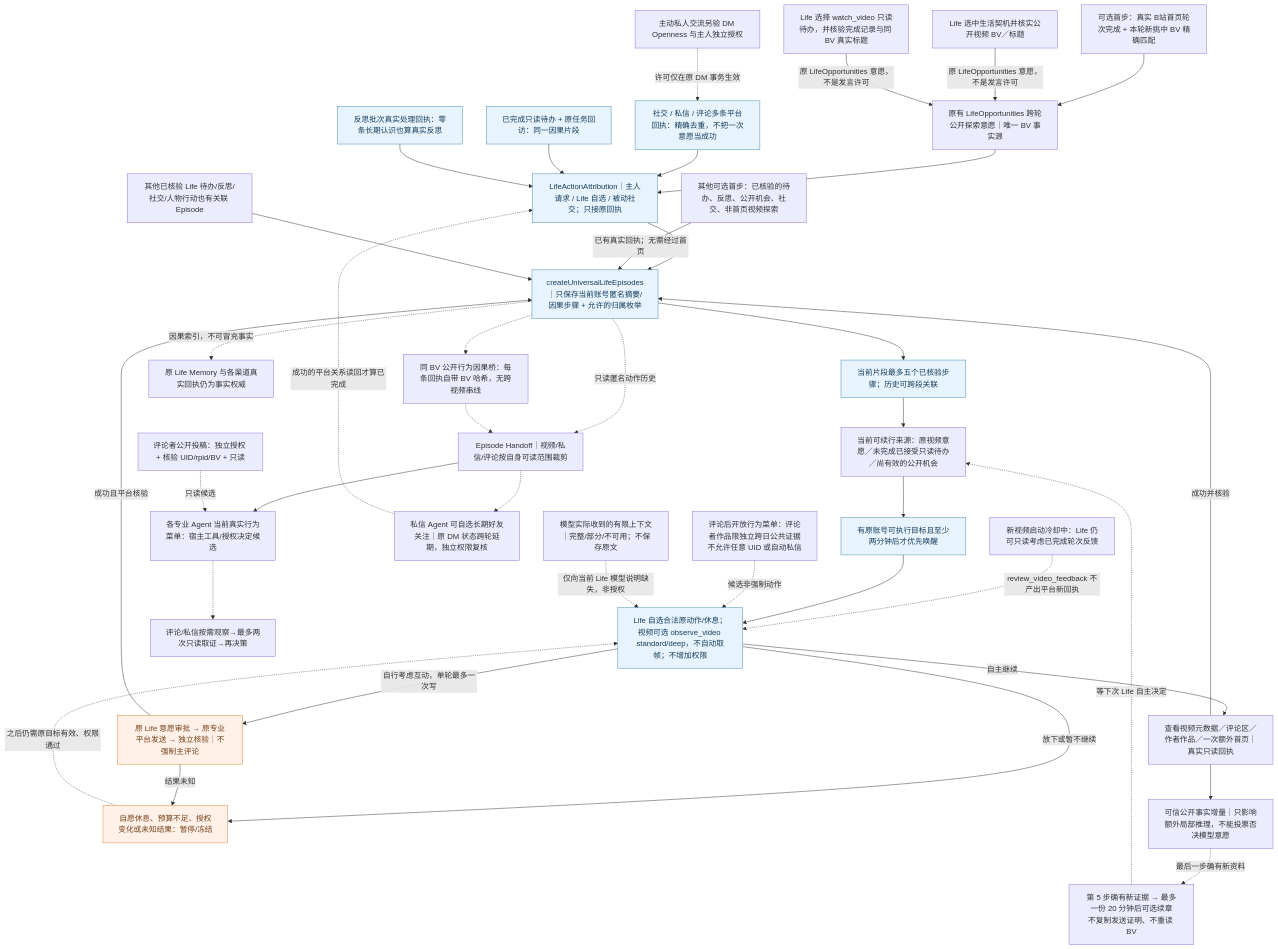
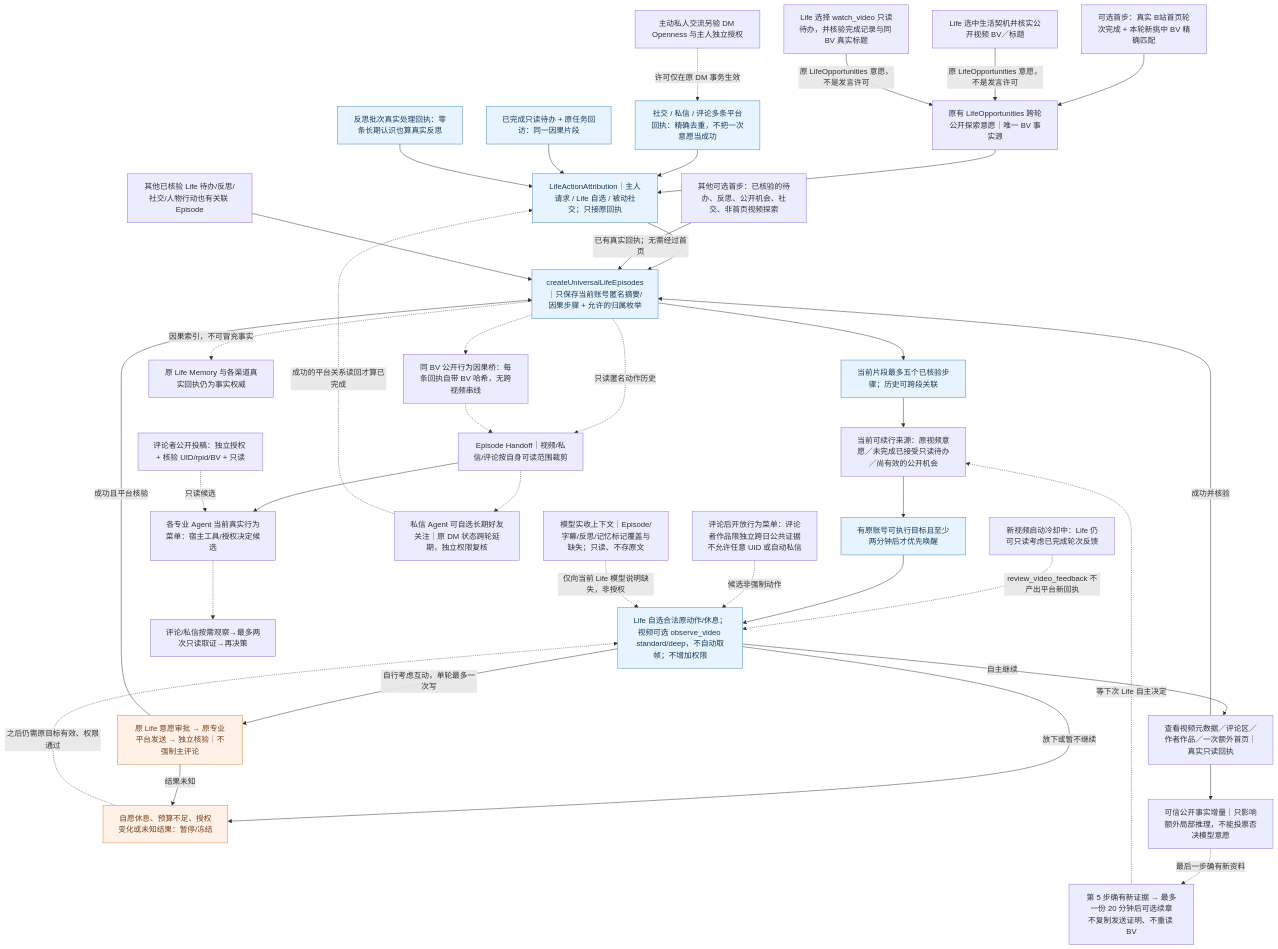
Before and after one commit to minedalang/dsh-dafeiyu-life: the diagram in docs/architecture/diagrams/life-universal-episodes-current.mmd, drawn with Mermaid. The commit also changed 17 other files, not shown here.

```diff
--- a/docs/architecture/diagrams/life-universal-episodes-current.mmd
+++ b/docs/architecture/diagrams/life-universal-episodes-current.mmd
@@ -1,118 +1,119 @@
+%% 2.8.2-dev.3：Episode/视觉证据提供脱敏缺失说明；字幕只标原文字符范围；Reflection 节选禁止独立生成事实；记忆只标未入模数量。
 %% 2.8.2-dev.2：选中 BV 仅核实元数据；取帧必须由 Life 续行明确选择 observe_video 和深度，受原账号/视觉/证据门禁约束。
 %% dev.12：重复读取抑制额外模型唤醒，五步上限只保存一次未来自愿续章
 %% dev.10：视频 Episode 已选择的写操作与社交共用 FIFO 资格；不重复意愿模型。
 %% dev.74：评论区的自然熟悉度不形成主动私信资格，Episode 不赋予新权限。
 %% dev.73：普通自主 Life 最短间隔不再由 2 分钟经验/片段续接绕过；真实入站社交独立快唤醒。
 %% 管理页只读并列展示线索、契机与待办；Life 已批准不等于平台送达，待回执不能标为中断。
 %% dev.37 统一归属 + dev.36 Universal Episode：有意义的自主动作共享因果归属，不改变原平台授权
 flowchart TB
   child["可选首步：真实 B站首页轮次完成 + 本轮新挑中 BV 精确匹配"]
   firstOther["其他可选首步：已核验的待办、反思、公开机会、社交、非首页视频探索"]
   eligible["当前可续行来源：原视频意愿／未完成已接受只读待办／尚有效的公开机会"]
   canonical["原有 LifeOpportunities 跨轮公开探索意愿｜唯一 BV 事实源"]
   attribution["LifeActionAttribution｜主人请求 / Life 自选 / 被动社交；只接原回执"]
   socialReceipt["社交 / 私信 / 评论多条平台回执：精确去重，不把一次意愿当成功"]
   socialContact["主动私人交流另验 DM Openness 与主人独立授权"]
   todoReceipt["已完成只读待办 + 原任务回访：同一因果片段"]
   reflectionReceipt["反思批次真实处理回执：零条长期认识也算真实反思"]
   videoFeedback["新视频启动冷却中：Life 仍可只读考虑已完成轮次反馈"]
   record["createUniversalLifeEpisodes｜只保存当前账号匿名摘要/因果步骤 + 允许的归属枚举"]
   context["当前片段最多五个已核验步骤；历史可跨段关联"]
   due["有原账号可执行目标且至少两分钟后才优先唤醒"]
   menu["Life 自选合法原动作/休息；视频可选 observe_video standard/deep，不自动取帧；不增加权限"]
   read["查看视频元数据／评论区／作者作品／一次额外首页｜真实只读回执"]
   write["原 Life 意愿审批 → 原专业平台发送 → 独立核验｜不强制主评论"]
   pause["自愿休息、预算不足、授权变化或未知结果：暂停/冻结"]
   other["其他已核验 Life 待办/反思/社交/人物行动也有关联 Episode"]
   memory["原 Life Memory 与各渠道真实回执仍为事实权威"]
   child --> canonical --> attribution --> record
   socialContact -.->|许可仅在原 DM 事务生效| socialReceipt
   socialReceipt --> attribution
   todoReceipt --> attribution
   reflectionReceipt --> attribution
   firstOther -->|已有真实回执；无需经过首页| record
   opportunityEntry["Life 选中生活契机并核实公开视频 BV／标题"]
   todoVideoEntry["Life 选择 watch_video 只读待办，并核验完成记录与同 BV 真实标题"]
   opportunityEntry -->|原 LifeOpportunities 意愿，不是发言许可| canonical
   todoVideoEntry -->|原 LifeOpportunities 意愿，不是发言许可| canonical
   videoFeedback -.->|review_video_feedback 不产出平台新回执| menu
   record --> context --> eligible --> due --> menu
   menu -->|自主继续| read -->|成功并核验| record
   menu -->|自行考虑互动，单轮最多一次写| write -->|成功且平台核验| record
   menu -->|放下或暂不继续| pause
   write -->|结果未知| pause
   other --> record
   record -.->|因果索引，不可冒充事实| memory
   pause -.->|之后仍需原目标有效、权限通过| menu
   classDef safe fill:#e8f4fd,stroke:#4689b6,color:#173d5c
   classDef caveat fill:#fff1e7,stroke:#d68a3c,color:#74421c
   class record,context,menu,due,attribution,socialReceipt,todoReceipt,reflectionReceipt safe
   class pause,write caveat
 
 %% @code child | index.js | const episode=lifeOpportunities.beginHomeExploration
 %% @code canonical | lib/life-opportunities.mjs | const continuations=
 %% @code firstOther | lib/autonomous-planner.mjs | const good=new Map([
 %% @code eligible | lib/life-episode-entrypoints.mjs | export function eligibleLifeEpisodeSources
 %% @code record | lib/life-universal-episodes.mjs | export function createUniversalLifeEpisodes
 %% @code context | lib/life-universal-episodes.mjs | const view=e=>
 %% @code due | lib/life-universal-episodes.mjs | const due=(
 %% @code menu | lib/autonomous-planner.mjs | action:'resume_episode'
 %% @code read | lib/autonomous-planner.mjs | const continueLifeRead=async
 %% @code write | lib/life-video-action-bridge.mjs | createLifeVideoActionBridge
 %% @code pause | lib/life-universal-episodes.mjs | const pauseLatest=(
 %% @code other | index.js | onEpisodeAction:proof=>universalLifeEpisodes.record(proof)
 %% @code memory | lib/life-memory-coordinator.mjs | createLifeMemoryCoordinator
 
 %% @code attribution | lib/life-action-attribution.mjs | export function createLifeActionAttribution
 %% @code socialReceipt | lib/life-willingness.mjs | const exact=typeof receiptId
 %% @code todoReceipt | index.js | sourceRef:'todo:'+original.id
 %% @code reflectionReceipt | lib/life-reflection.mjs | result.receiptId=receiptId
 
 %% @code videoFeedback | lib/autonomous-planner.mjs | action:'review_video_feedback'
 
 %% dev.38 专业 Agent 局部决策复用同账号匿名因果摘要；Episode 没有发送权。
 subagentHandoff["Episode Handoff｜视频/私信/评论按自身可读范围裁剪"]
 subagentFollow["私信 Agent 可自选长期好友关注｜原 DM 状态跨轮延期，独立权限复核"]
 record -.->|只读匿名动作历史| subagentHandoff
 subagentHandoff -.-> subagentFollow
 subagentFollow -.->|成功的平台关系读回才算已完成| attribution
 %% @code subagentHandoff | lib/life-subagent-continuity.mjs | export function lifeSubagentHandoff
 %% @code subagentFollow | lib/dm-autoreply.mjs | pending.status='reserved'
 
 %% dev.40: every verified BV public action is anchored on ITS OWN step, never the whole episode.
 publicStepBridge["同 BV 公开行为因果桥：每条回执自带 BV 哈希，无跨视频串线"]
 professionalMenu["各专业 Agent 当前真实行为菜单：宿主工具/授权决定候选"]
 commentObservation["评论/私信按需观察→最多两次只读取证→再决策"]
 commentPublicPerson["评论者公开投稿：独立授权 + 核验 UID/rpid/BV + 只读"]
 record -.-> publicStepBridge -.-> subagentHandoff
 subagentHandoff --> professionalMenu
 commentPublicPerson -.->|只读候选| professionalMenu
 professionalMenu -.-> commentObservation
 %% @code publicStepBridge | lib/life-universal-episodes.mjs | const publicVideoState=bvid=>
 %% @code professionalMenu | lib/life-subagent-continuity.mjs | export function subagentActionMenu
 %% @code commentObservation | lib/interaction-batch.mjs | for(let pass=0;pass<2;pass++){
 %% @code commentPublicPerson | lib/life-public-capabilities.mjs | export async function readVerifiedCommenterPublicVideos
 
 %% @code socialContact | lib/life-friend-initiatives.mjs | const outboundEnabled=
 
 %% @code opportunityEntry | lib/life-opportunities.mjs | const beginInspectedOpportunity=
 %% @code todoVideoEntry | lib/life-opportunities.mjs | const beginCompletedVideoTodo=
 
 %% dev.12: non-repeating LOCAL consideration and an optional bounded future chapter.
 novelRead["可信公开事实增量｜只影响额外局部推理，不能投票否决模型意愿"]
 optionalChapter["第 5 步确有新证据 → 最多一份 20 分钟后可选续章
 不复制发送证明、不重读 BV"]
 commenterChoice["评论后开放行为菜单：评论者作品限独立跨日公共证据
 不允许任意 UID 或自动私信"]
 read --> novelRead
 novelRead -.->|最后一步确有新资料| optionalChapter
 optionalChapter -.->|等下次 Life 自主决定| eligible
 commenterChoice -.->|候选非强制动作| menu
 %% @code novelRead | lib/life-episode-value.mjs | export function verifiedEpisodeYield
 %% @code optionalChapter | lib/life-opportunities.mjs | const carryNewEvidence=
 %% @code commenterChoice | lib/life-continuation.mjs | inspect_commenter_works
 %% 2.8.2 PR-1A: bounded *prompt-only* context delivery; never a permission,
 %% receipt, memory fact or autonomous decision. The original Life route stays.
-contextDelivery282["模型实际收到的有限上下文｜完整/部分/不可用；不保存原文"]
+contextDelivery282["模型实收上下文｜Episode/字幕/反思/记忆标记覆盖与缺失；只读、不存原文"]
 contextDelivery282 -.->|仅向当前 Life 模型说明缺失，非授权| menu
 %% @code contextDelivery282 | lib/context-delivery.mjs | export function deliverJsonContext
```
